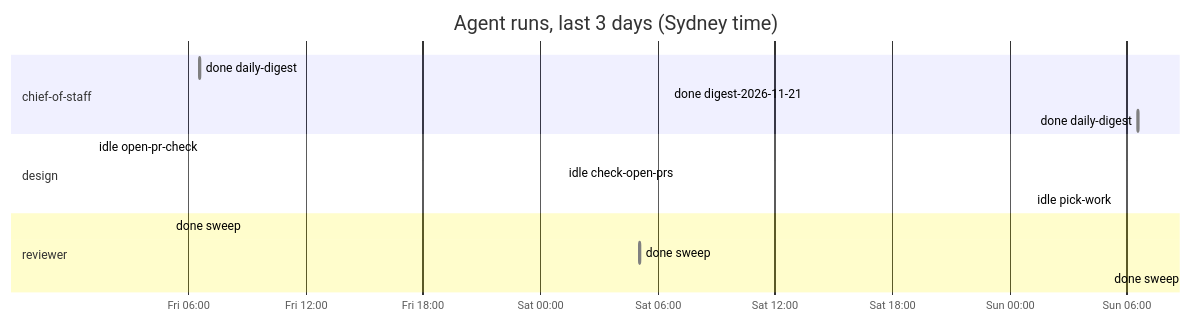
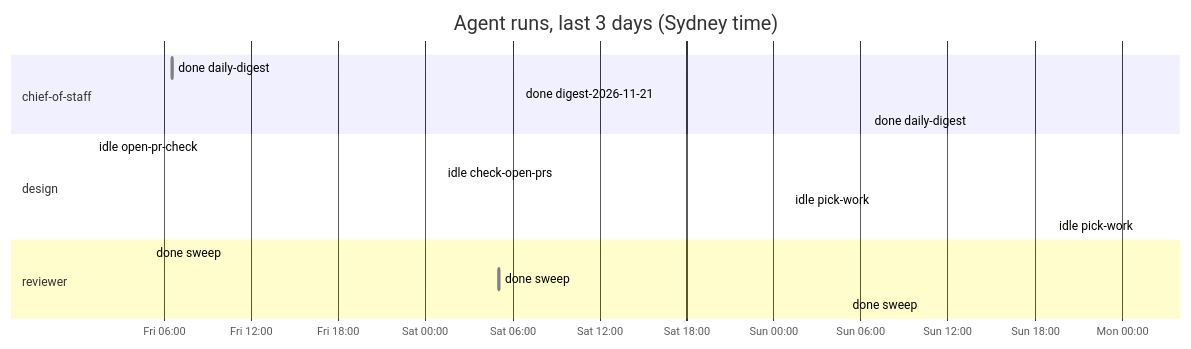
Before and after one commit to roulmediateam-byte/fifteen-expert-hq: the diagram in dashboard.md, drawn with Mermaid. The commit also changed other lines of this file and 1 other file, not shown here.

````diff
--- a/dashboard.md
+++ b/dashboard.md
@@ -49,18 +49,19 @@
 ```mermaid
 gantt
     title Agent runs, last 3 days (Sydney time)
     dateFormat YYYY-MM-DD HH:mm
     axisFormat %a %H:%M
     section chief-of-staff
     done daily-digest :done, 2026-11-20 06:35, 2026-11-20 06:37
     done digest-2026-11-21 :done, 2026-11-21 06:34, 2026-11-21 06:36
     done daily-digest :done, 2026-11-22 06:34, 2026-11-22 06:36
     section design
     idle open-pr-check :done, 2026-11-20 01:10, 2026-11-20 01:11
     idle check-open-prs :done, 2026-11-21 01:10, 2026-11-21 01:11
     idle pick-work :done, 2026-11-22 01:08, 2026-11-22 01:08
+    idle pick-work :done, 2026-11-23 01:08, 2026-11-23 01:09
     section reviewer
     done sweep :done, 2026-11-20 05:05, 2026-11-20 05:05
     done sweep :done, 2026-11-21 05:05, 2026-11-21 05:06
     done sweep :done, 2026-11-22 05:05, 2026-11-22 05:06
 ```
````
